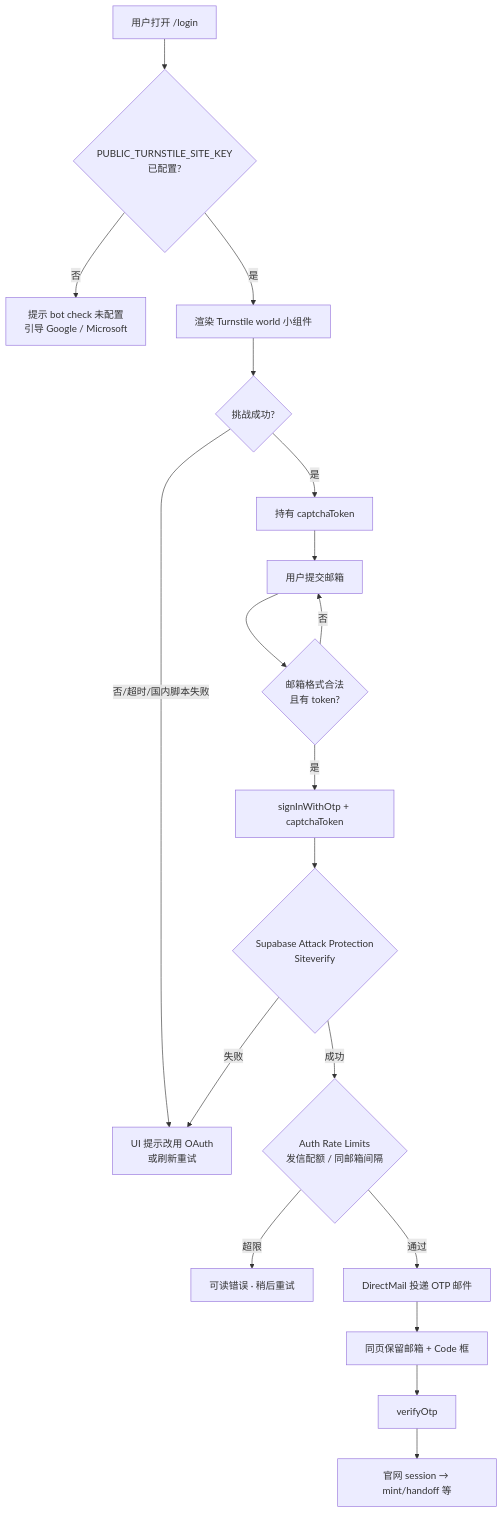
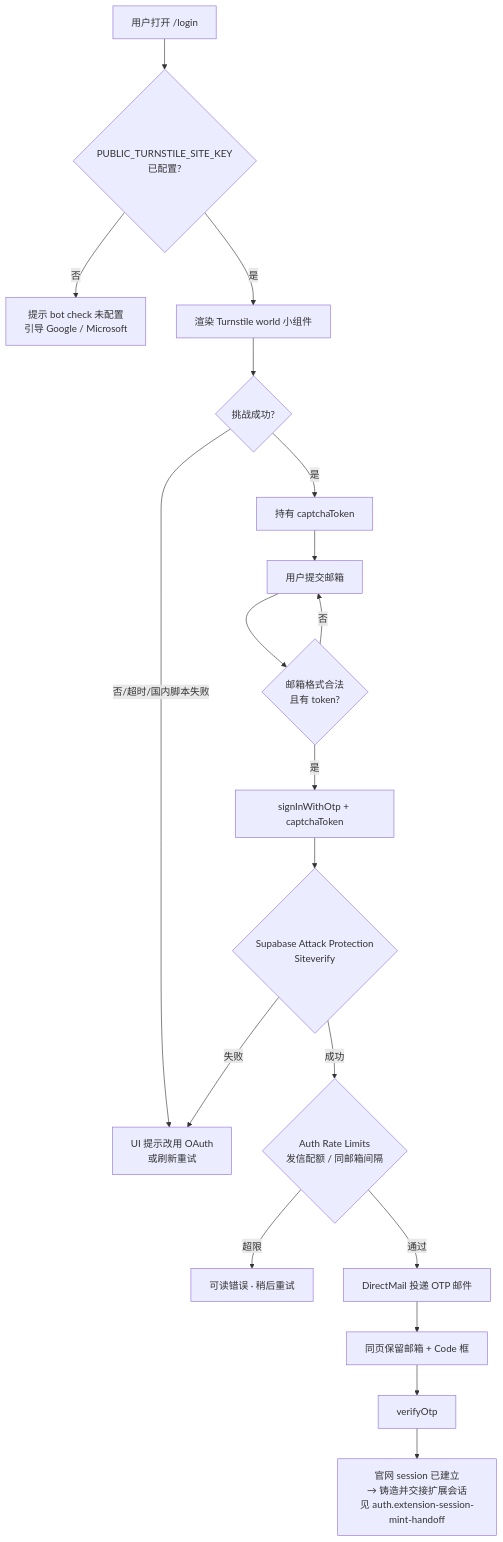
One commit to yiveno/yiveno changed the third of 5 diagrams in docs/engineering/Turnstile-Email-OTP-防刷生命周期.md. Above: the diagram before and after it, drawn with Mermaid. The commit also changed other lines of this file and 12 other files, not shown here.

First line of the commit message:
docs(diagrams): 登录迁移门闸图与文档用词标准

````diff
--- a/docs/engineering/Turnstile-Email-OTP-防刷生命周期.md
+++ b/docs/engineering/Turnstile-Email-OTP-防刷生命周期.md
@@ -115,21 +122,21 @@
 ```mermaid
 flowchart TD
   A[用户打开 /login] --> B{PUBLIC_TURNSTILE_SITE_KEY<br/>已配置?}
   B -->|否| B1[提示 bot check 未配置<br/>引导 Google / Microsoft]
   B -->|是| C[渲染 Turnstile world 小组件]
   C --> D{挑战成功?}
   D -->|否/超时/国内脚本失败| D1[UI 提示改用 OAuth<br/>或刷新重试]
   D -->|是| E[持有 captchaToken]
   E --> F[用户提交邮箱]
   F --> G{邮箱格式合法<br/>且有 token?}
   G -->|否| F
   G -->|是| H[signInWithOtp + captchaToken]
   H --> I{Supabase Attack Protection<br/>Siteverify}
   I -->|失败| D1
   I -->|成功| J{Auth Rate Limits<br/>发信配额 / 同邮箱间隔}
   J -->|超限| J1[可读错误 · 稍后重试]
   J -->|通过| K[DirectMail 投递 OTP 邮件]
   K --> L[同页保留邮箱 + Code 框]
   L --> M[verifyOtp]
-  M --> N[官网 session → mint/handoff 等]
+  M --> N[官网 session 已建立<br/>→ 铸造并交接扩展会话<br/>见 auth.extension-session-mint-handoff]
 ```
````
